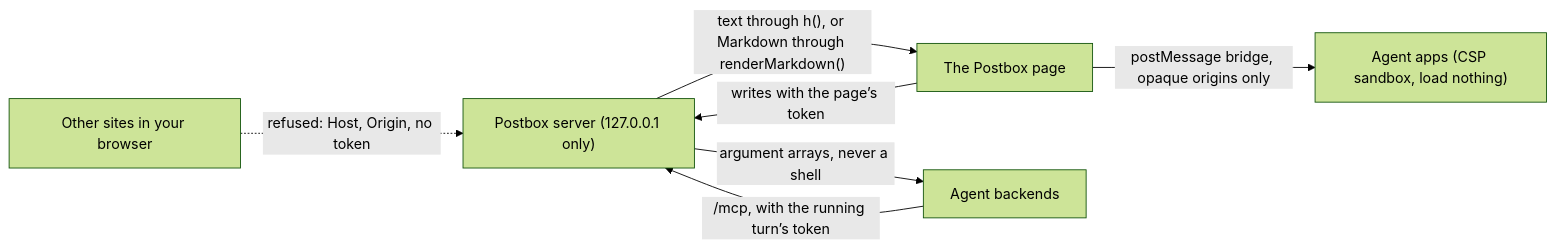
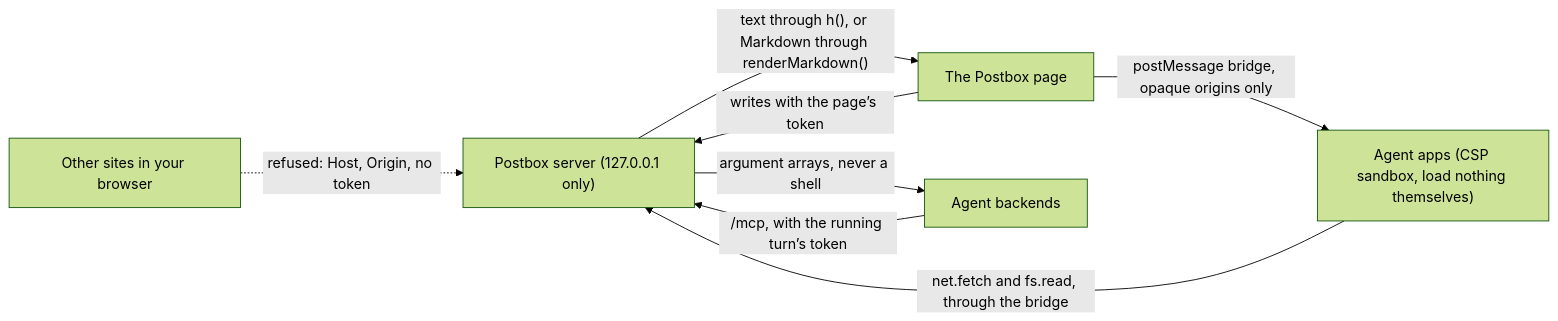
The diagram in SECURITY.md (HJeon139/postbox), drawn with Mermaid (forest theme) before and after one commit. The commit also changed other lines of this file and 8 other files, not shown here.

First line of the commit message:
docs(security): put function first, and let agent apps read disk and the network

````diff
--- a/SECURITY.md
+++ b/SECURITY.md
@@ -22,9 +22,10 @@
 ```mermaid
 flowchart LR
   web["Other sites in your browser"] -. "refused: Host, Origin, no token" .-> server
   page["The Postbox page"] -- "writes with the page’s token" --> server["Postbox server (127.0.0.1 only)"]
   server -- "argument arrays, never a shell" --> agents["Agent backends"]
   agents -- "/mcp, with the running turn’s token" --> server
   server -- "text through h(), or Markdown through renderMarkdown()" --> page
-  page -- "postMessage bridge, opaque origins only" --> apps["Agent apps (CSP sandbox, load nothing)"]
+  page -- "postMessage bridge, opaque origins only" --> apps["Agent apps (CSP sandbox, load nothing themselves)"]
+  apps -- "net.fetch and fs.read, through the bridge" --> server
 ```
````
